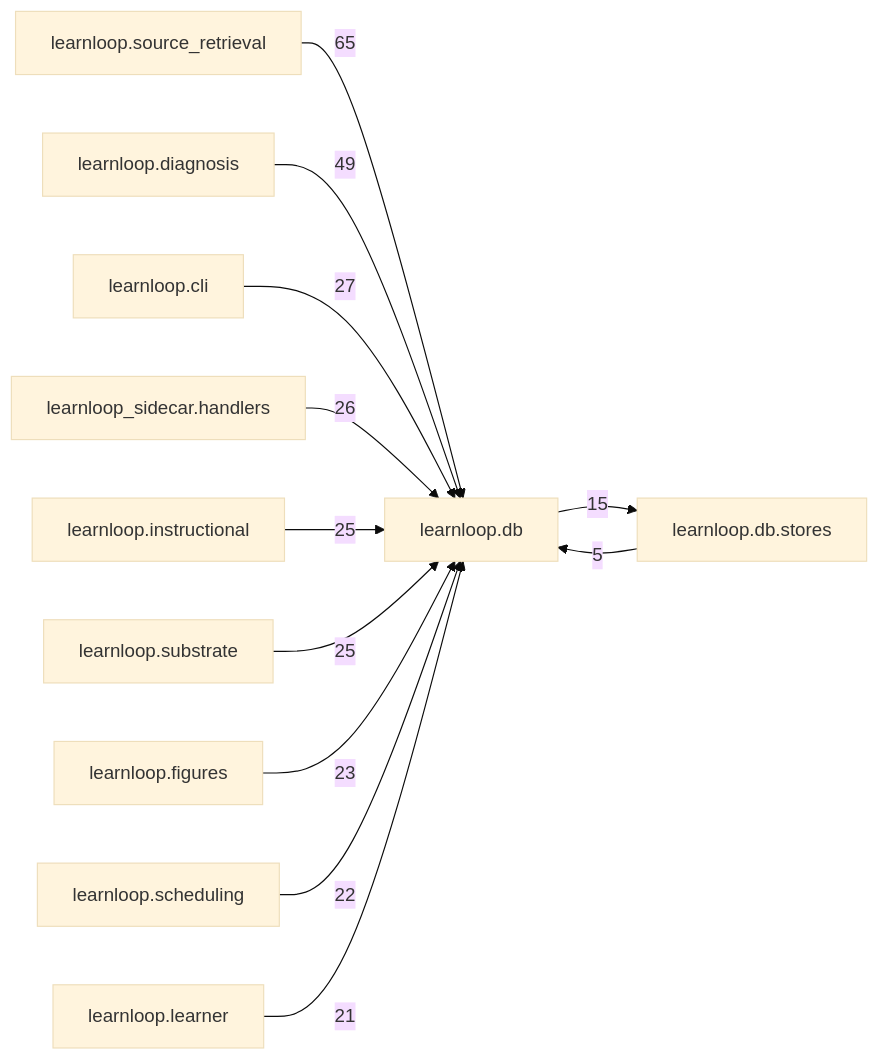
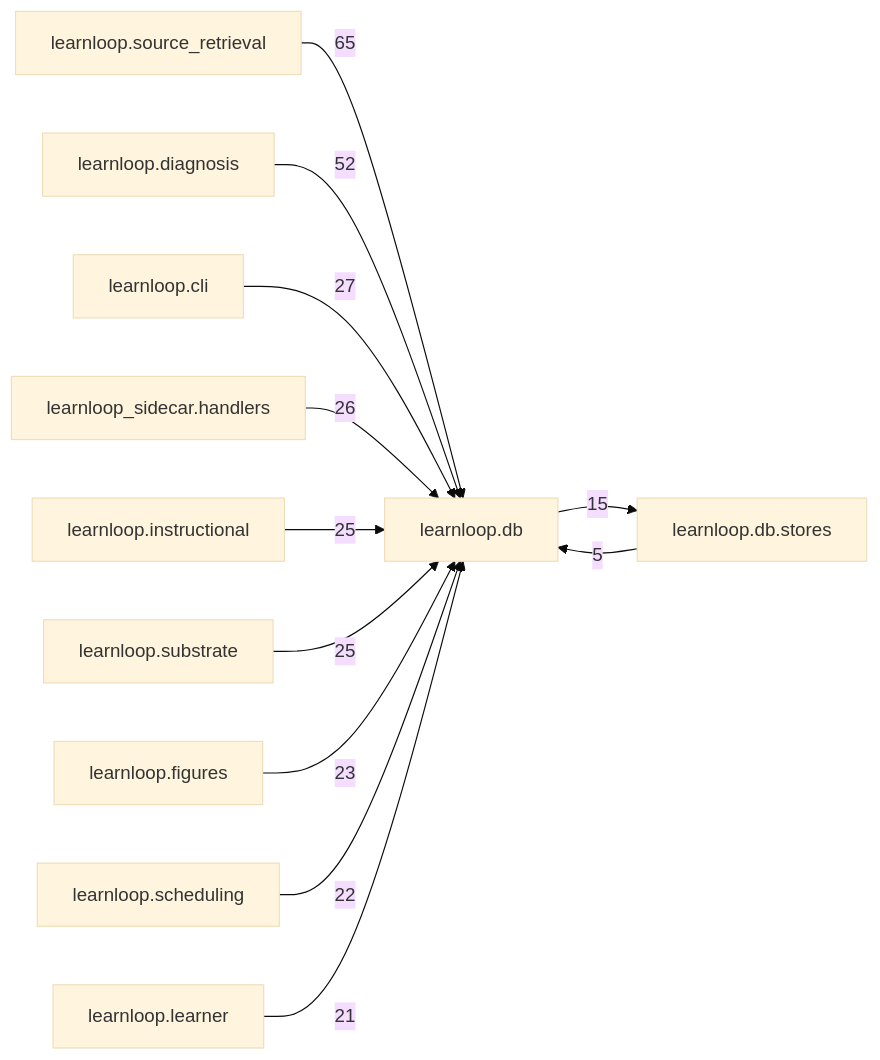
Before and after one commit to 6up-b/learnanything: the diagram in docs/learnloop-architecture-vault/Reference/Modules/learnloop/db/_package.md, drawn with Mermaid (base theme). The commit also changed other lines of this file and 63 other files, not shown here.

````diff
--- a/docs/learnloop-architecture-vault/Reference/Modules/learnloop/db/_package.md
+++ b/docs/learnloop-architecture-vault/Reference/Modules/learnloop/db/_package.md
@@ -138,25 +138,25 @@
 ```mermaid
 flowchart LR
     center["learnloop.db"]
     n_learnloop_source_retrieval["learnloop.source_retrieval"]
     n_learnloop_diagnosis["learnloop.diagnosis"]
     n_learnloop_cli["learnloop.cli"]
     n_learnloop_sidecar_handlers["learnloop_sidecar.handlers"]
     n_learnloop_instructional["learnloop.instructional"]
     n_learnloop_substrate["learnloop.substrate"]
     n_learnloop_figures["learnloop.figures"]
     n_learnloop_scheduling["learnloop.scheduling"]
     n_learnloop_learner["learnloop.learner"]
     n_learnloop_db_stores["learnloop.db.stores"]
     n_learnloop_source_retrieval -->|65| center
-    n_learnloop_diagnosis -->|49| center
+    n_learnloop_diagnosis -->|52| center
     n_learnloop_cli -->|27| center
     n_learnloop_sidecar_handlers -->|26| center
     n_learnloop_instructional -->|25| center
     n_learnloop_substrate -->|25| center
     n_learnloop_figures -->|23| center
     n_learnloop_scheduling -->|22| center
     n_learnloop_learner -->|21| center
     n_learnloop_db_stores -->|5| center
     center -->|15| n_learnloop_db_stores
 ```
````
